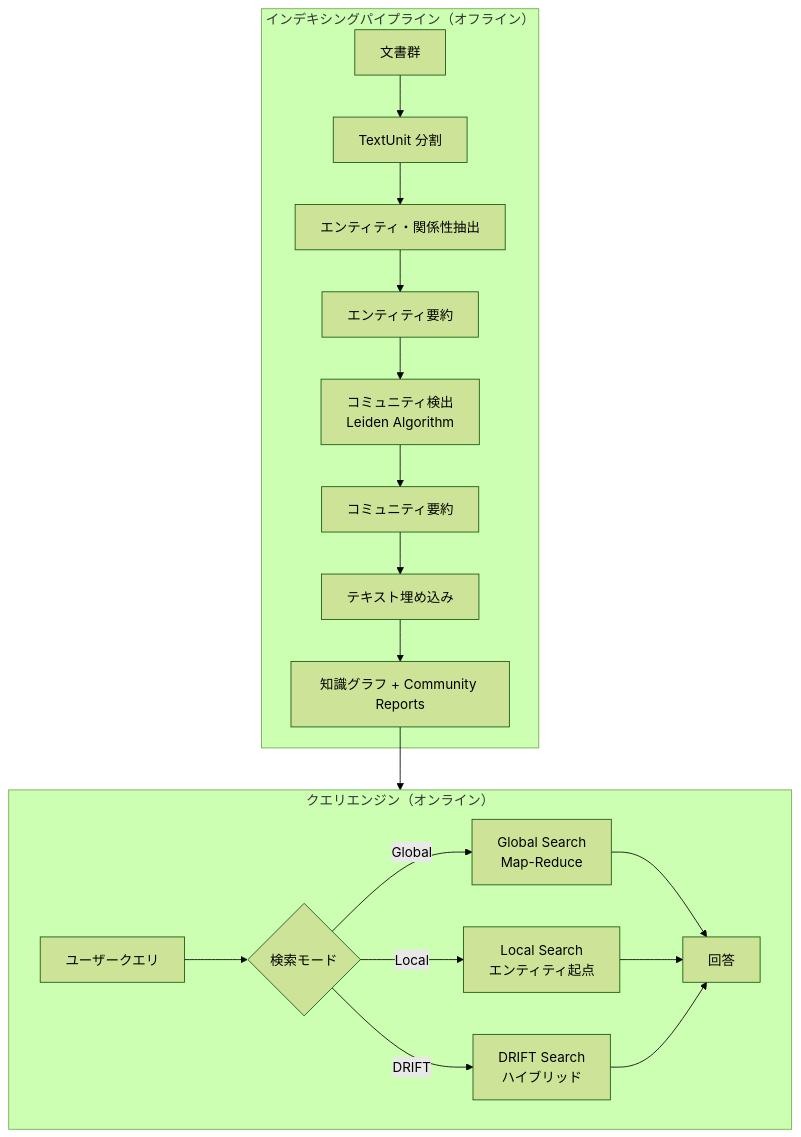
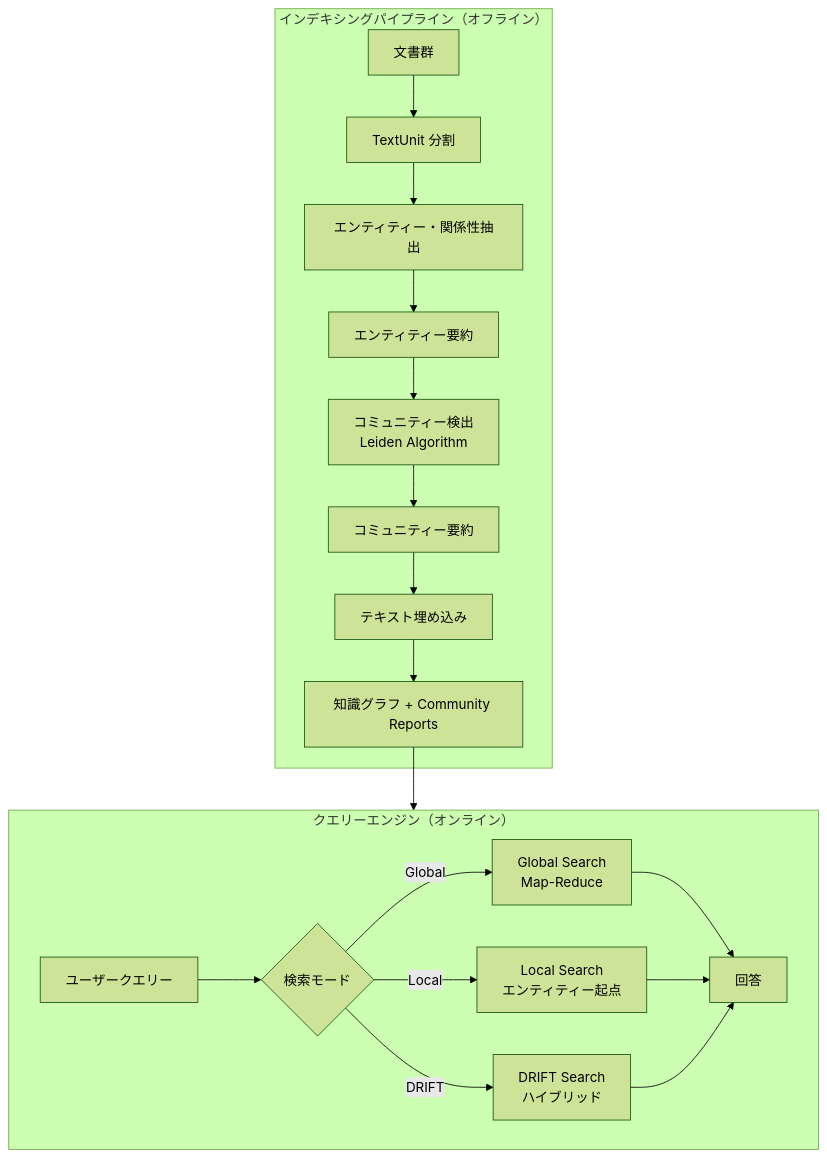
The first of 5 diagrams in content/blog/ja/graphrag.mdx (yoichiozaki/yoichiozaki.github.io), drawn with Mermaid (forest theme) before and after one commit. The commit also changed other lines of this file and 117 other files, not shown here.

````diff
--- a/content/blog/ja/graphrag.mdx
+++ b/content/blog/ja/graphrag.mdx
@@ -77,22 +77,22 @@
 ```mermaid
 graph TB
     subgraph Indexing["インデキシングパイプライン（オフライン）"]
         D[文書群] --> TU[TextUnit 分割]
-        TU --> EE[エンティティ・関係性抽出]
-        EE --> ES[エンティティ要約]
-        ES --> CD[コミュニティ検出<br/>Leiden Algorithm]
-        CD --> CS[コミュニティ要約]
+        TU --> EE[エンティティー・関係性抽出]
+        EE --> ES[エンティティー要約]
+        ES --> CD[コミュニティー検出<br/>Leiden Algorithm]
+        CD --> CS[コミュニティー要約]
         CS --> TE[テキスト埋め込み]
         TE --> KG[知識グラフ + Community Reports]
     end
-    subgraph Query["クエリエンジン（オンライン）"]
-        Q[ユーザークエリ] --> QR{検索モード}
+    subgraph Query["クエリーエンジン（オンライン）"]
+        Q[ユーザークエリー] --> QR{検索モード}
         QR -->|Global| GS[Global Search<br/>Map-Reduce]
-        QR -->|Local| LS[Local Search<br/>エンティティ起点]
+        QR -->|Local| LS[Local Search<br/>エンティティー起点]
         QR -->|DRIFT| DS[DRIFT Search<br/>ハイブリッド]
         GS --> A[回答]
         LS --> A
         DS --> A
     end
     KG --> Query
 ```
````
